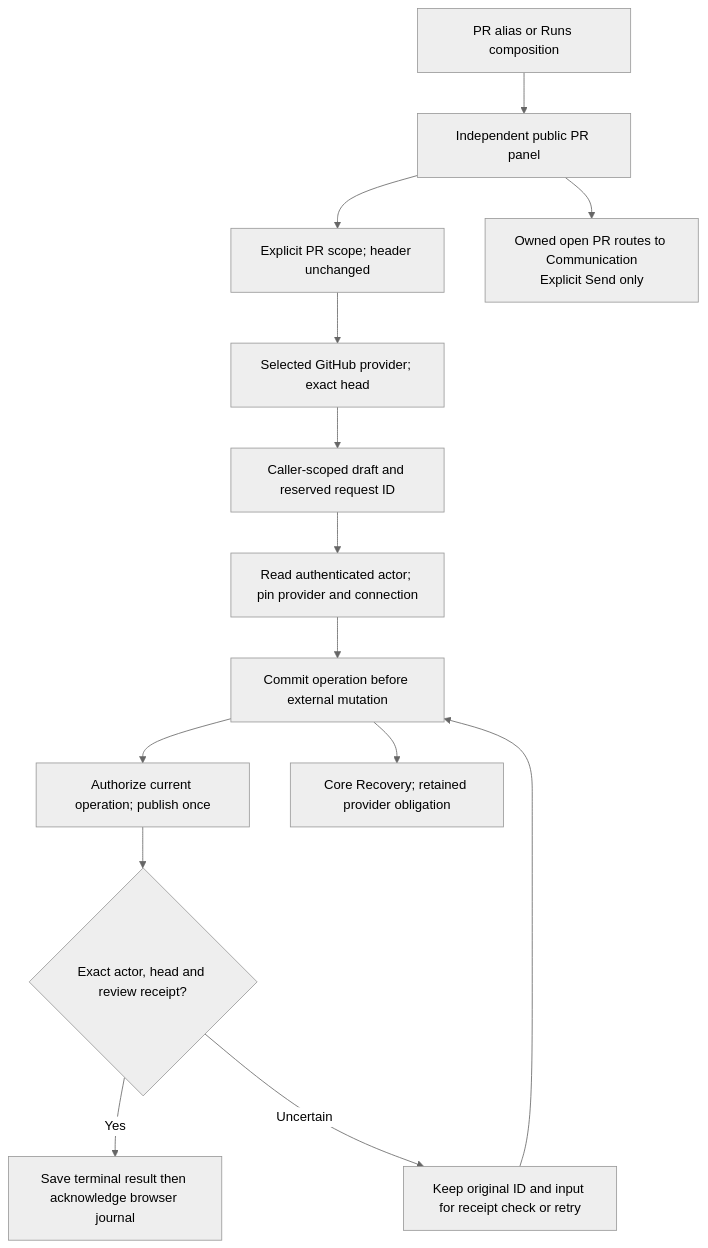
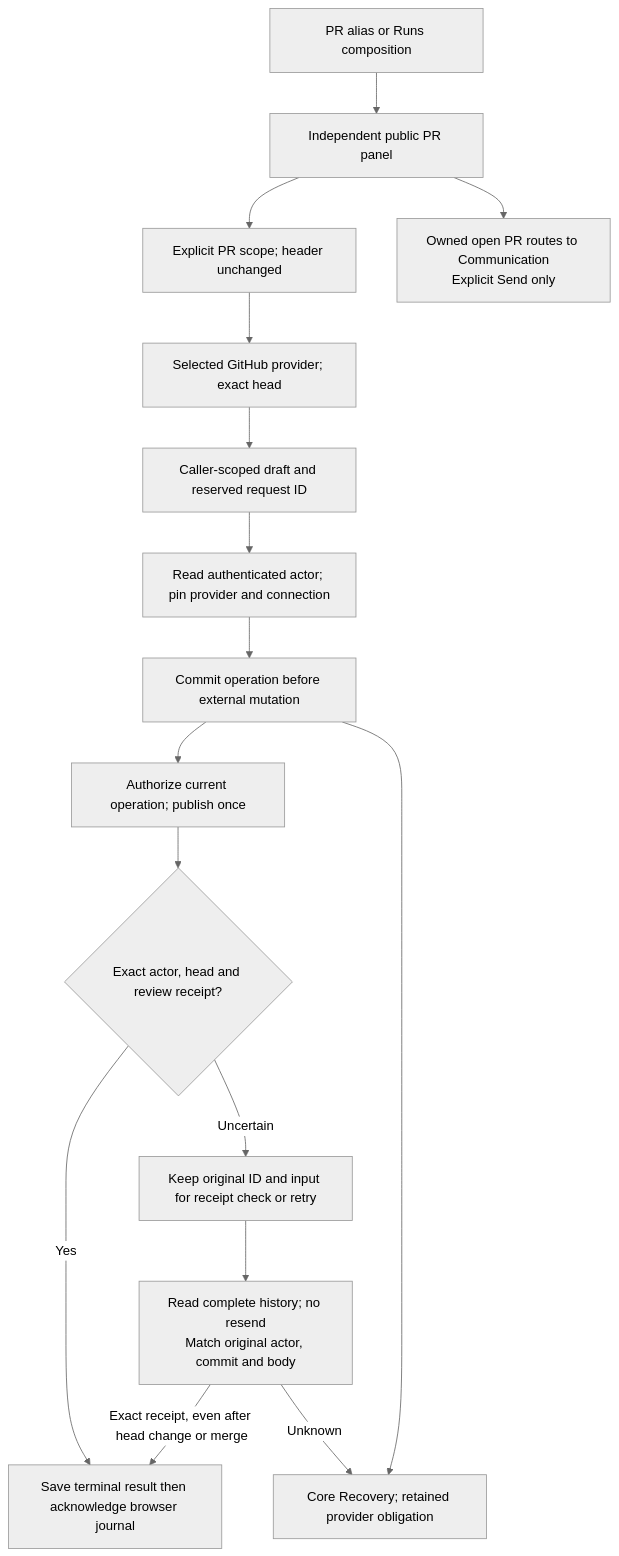
One commit to nloehlein-godaddy/helmsman changed the seventh of 24 diagrams in docs/helmsman-process.md. Above: the diagram before and after it, drawn with Mermaid (neutral theme). The commit also changed 10 other files, not shown here.

````diff
--- a/docs/helmsman-process.md
+++ b/docs/helmsman-process.md
@@ -192,16 +192,18 @@
 ```mermaid
 flowchart TD
     Alias[PR alias or Runs composition] --> Panel[Independent public PR panel]
     Panel --> Scope[Explicit PR scope; header unchanged]
     Scope --> Inspect[Selected GitHub provider; exact head]
     Inspect --> Journal[Caller-scoped draft and reserved request ID]
     Journal --> Prepare[Read authenticated actor; pin provider and connection]
     Prepare --> Durable[Commit operation before external mutation]
     Durable --> Publish[Authorize current operation; publish once]
     Publish --> Proven{Exact actor, head and review receipt?}
     Proven -->|Yes| Save[Save terminal result then acknowledge browser journal]
     Proven -->|Uncertain| Retain[Keep original ID and input for receipt check or retry]
-    Retain --> Durable
+    Retain --> Reconcile[Read complete history; no resend<br/>Match original actor, commit and body]
+    Reconcile -->|Exact receipt, even after head change or merge| Save
+    Reconcile -->|Unknown| Recovery
     Durable --> Recovery[Core Recovery; retained provider obligation]
     Panel --> Communication[Owned open PR routes to Communication<br/>Explicit Send only]
 ```
````
